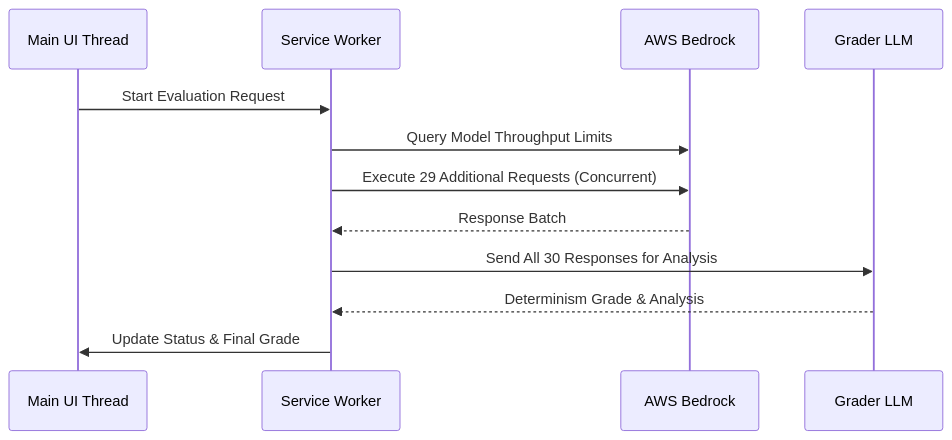
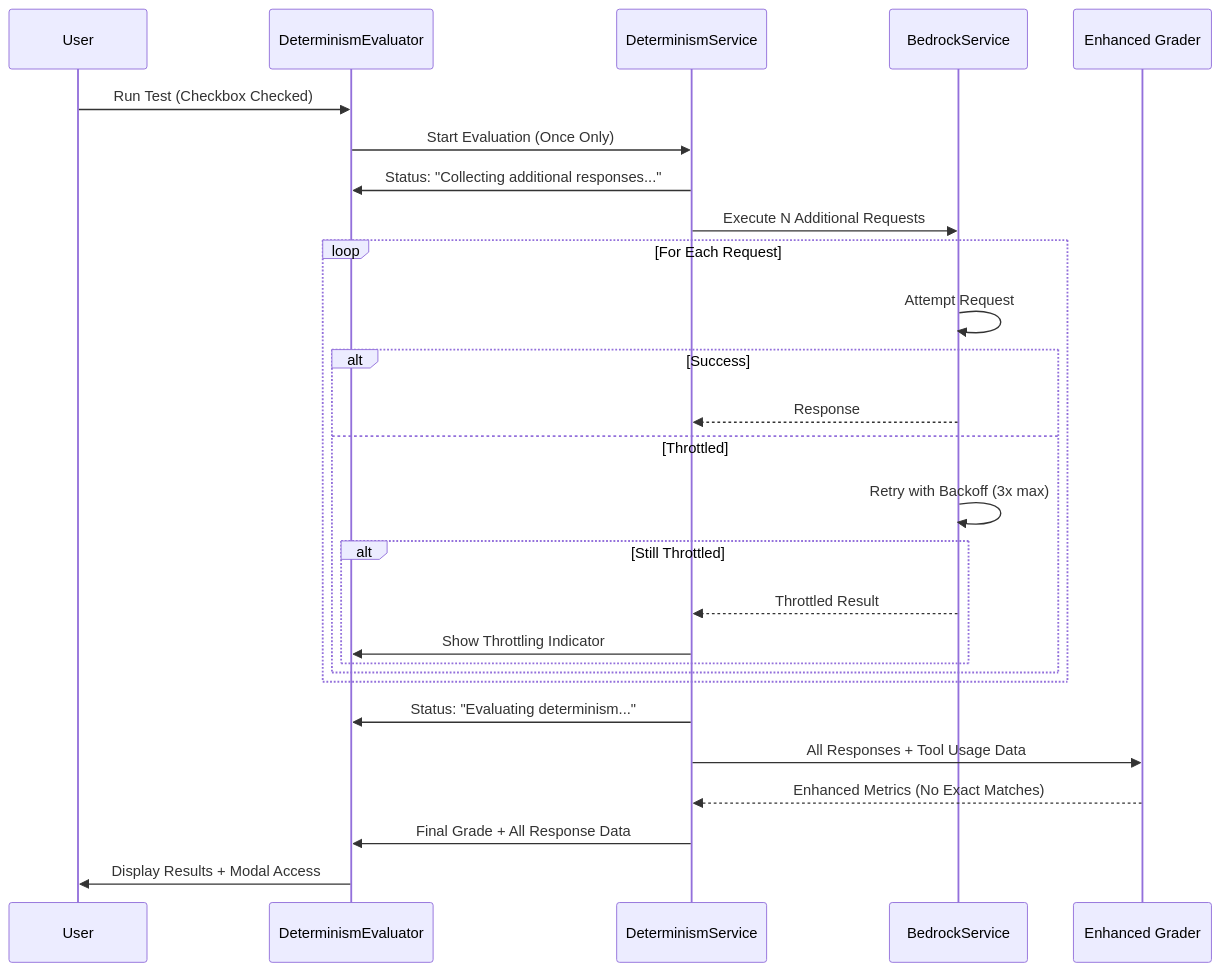
The second of 2 diagrams in .kiro/specs/determinism-evaluator/design.md (andmoredev/promptatron-3000), drawn with Mermaid before and after one commit. The commit also changed other lines of this file and 23 other files, not shown here.

````diff
--- a/.kiro/specs/determinism-evaluator/design.md
+++ b/.kiro/specs/determinism-evaluator/design.md
@@ -42,15 +48,32 @@
 ```mermaid
 sequenceDiagram
-    participant UI as Main UI Thread
-    participant SW as Service Worker
-    participant AWS as AWS Bedrock
-    participant Grader as Grader LLM
+    participant User as User
+    participant UI as DeterminismEvaluator
+    participant Service as DeterminismService
+    participant Bedrock as BedrockService
+    participant Grader as Enhanced Grader
 
-    UI->>SW: Start Evaluation Request
-    SW->>AWS: Query Model Throughput Limits
-    SW->>AWS: Execute 29 Additional Requests (Concurrent)
-    AWS-->>SW: Response Batch
-    SW->>Grader: Send All 30 Responses for Analysis
-    Grader-->>SW: Determinism Grade & Analysis
-    SW->>UI: Update Status & Final Grade
+    User->>UI: Run Test (Checkbox Checked)
+    UI->>Service: Start Evaluation (Once Only)
+    Service->>UI: Status: "Collecting additional responses..."
+    Service->>Bedrock: Execute N Additional Requests
+
+    loop For Each Request
+        Bedrock->>Bedrock: Attempt Request
+        alt Success
+            Bedrock-->>Service: Response
+        else Throttled
+            Bedrock->>Bedrock: Retry with Backoff (3x max)
+            alt Still Throttled
+                Bedrock-->>Service: Throttled Result
+                Service->>UI: Show Throttling Indicator
+            end
+        end
+    end
+
+    Service->>UI: Status: "Evaluating determinism..."
+    Service->>Grader: All Responses + Tool Usage Data
+    Grader-->>Service: Enhanced Metrics (No Exact Matches)
+    Service->>UI: Final Grade + All Response Data
+    UI->>User: Display Results + Modal Access
 ```
````
